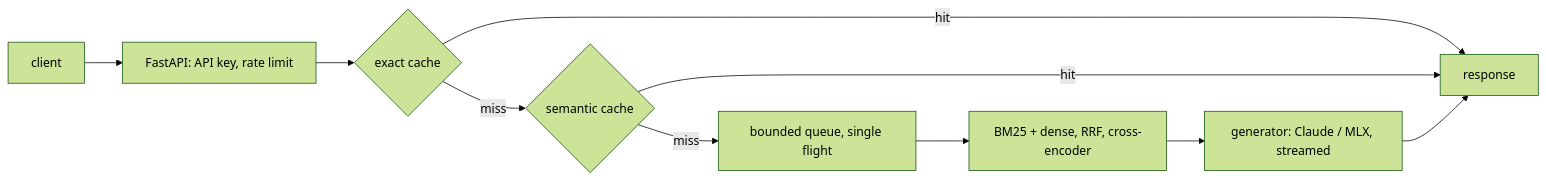
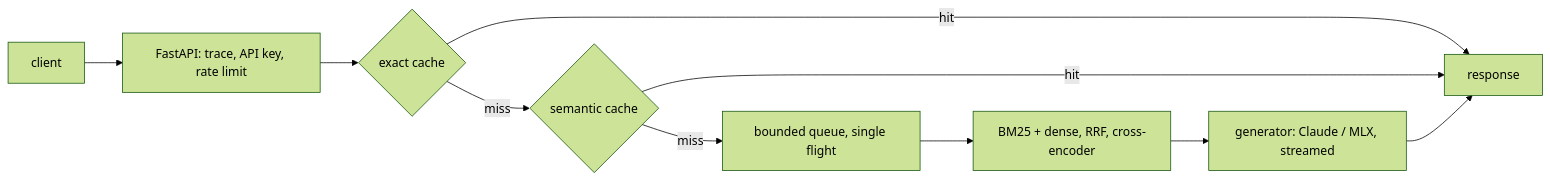
One commit to haroonkhan02/rag-service changed the diagram in README.md. Above: the diagram before and after it, drawn with Mermaid (forest theme). The commit also changed other lines of this file, not shown here.

````diff
--- a/README.md
+++ b/README.md
@@ -33,11 +29,11 @@
 ```mermaid
 flowchart LR
-    C[client] --> A[FastAPI: API key, rate limit]
+    C[client] --> A[FastAPI: trace, API key, rate limit]
     A --> E{exact cache}
     E -- hit --> R[response]
     E -- miss --> S{semantic cache}
     S -- hit --> R
     S -- miss --> Q[bounded queue, single flight]
     Q --> P[BM25 + dense, RRF, cross-encoder]
     P --> L[generator: Claude / MLX, streamed] --> R
 ```
````
